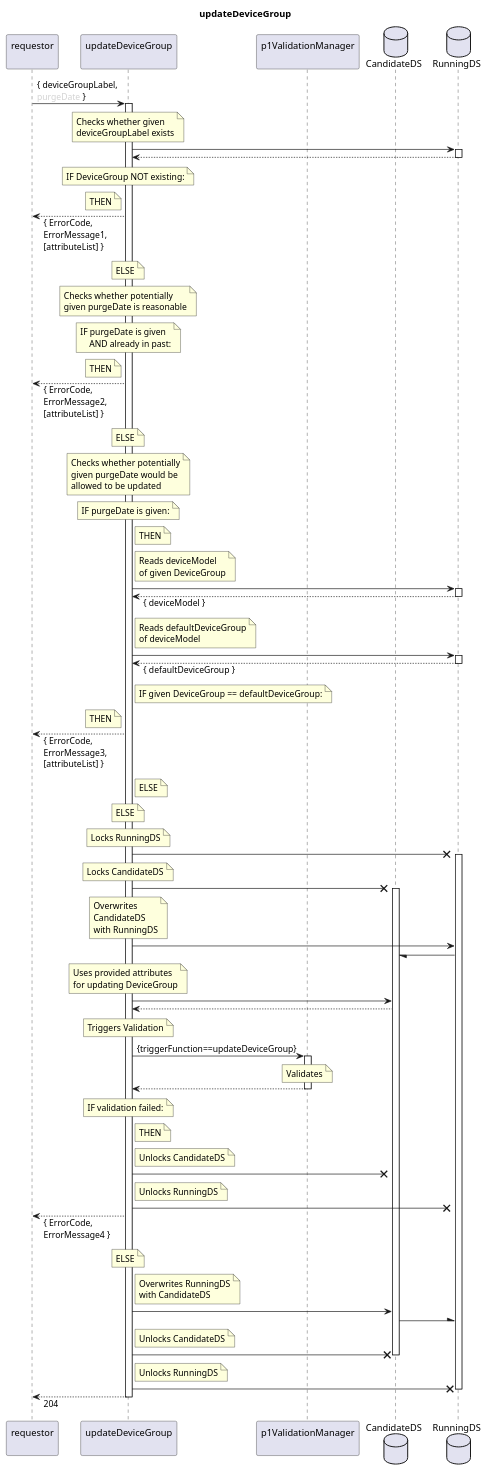
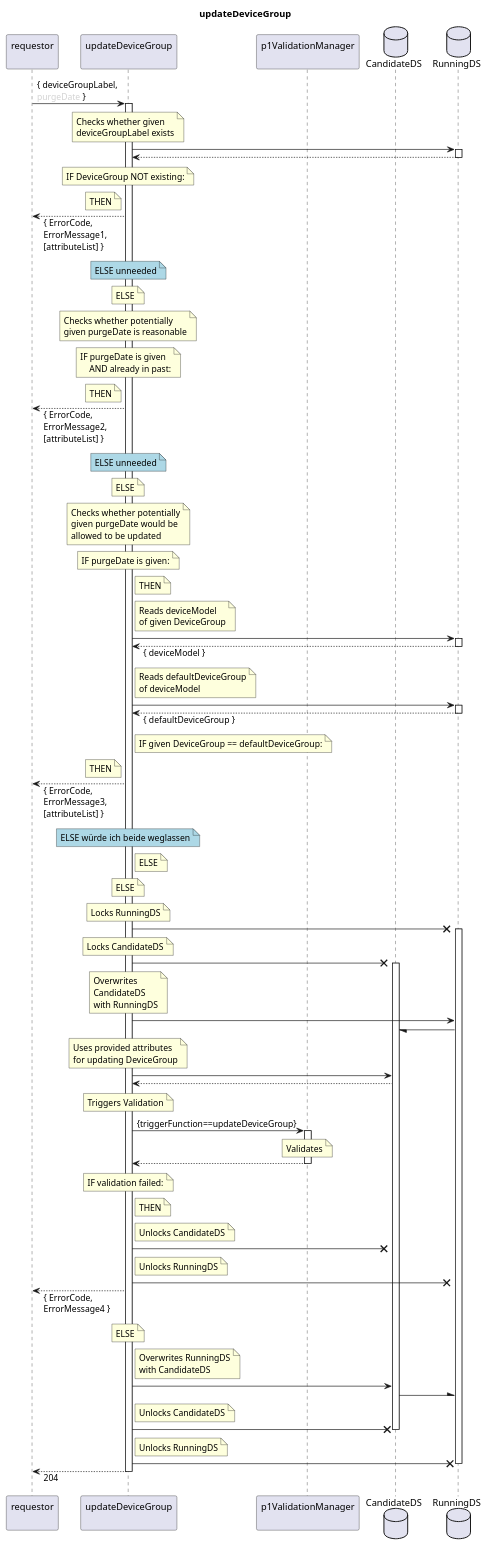
One commit to openBackhaul/FirmWareManager changed the diagram in spec/Services/updateDeviceGroup/1.0.0/updateDeviceGroup.plantuml. Above: the diagram before and after it, drawn with PlantUML. The commit also changed 2 other files, not shown here.

```diff
--- a/spec/Services/updateDeviceGroup/1.0.0/updateDeviceGroup.plantuml
+++ b/spec/Services/updateDeviceGroup/1.0.0/updateDeviceGroup.plantuml
@@ -1,167 +1,176 @@
 @startuml updateDeviceGroup
 skinparam responseMessageBelowArrow true
 
 title
   updateDeviceGroup
 end title
 
 participant "requestor\n" as requestor
 participant "updateDeviceGroup\n" as cur
 participant "p1ValidationManager\n" as valiMan
 database "CandidateDS" as CanDS
 database "RunningDS" as RunDS
 
 requestor -> cur: { deviceGroupLabel,\n<color:LightGray>purgeDate</color> }
 activate cur
 
   note over cur
     Checks whether given
     deviceGroupLabel exists
   end note
   cur -> RunDS
   activate RunDS
   cur <-- RunDS
   deactivate RunDS
   note over cur
     IF DeviceGroup NOT existing:
   end note
   note left cur
     THEN
   end note
   requestor <-- cur: { ErrorCode,\nErrorMessage1,\n[attributeList] }
+  note over cur #LightBlue
+    ELSE unneeded
+  end note
   note over cur
     ELSE
   end note
 
   note over cur
     Checks whether potentially
     given purgeDate is reasonable
   end note
   note over cur
     IF purgeDate is given 
         AND already in past:
   end note
   note left cur
     THEN
   end note
   requestor <-- cur: { ErrorCode,\nErrorMessage2,\n[attributeList] }
+  note over cur #LightBlue
+    ELSE unneeded
+  end note
   note over cur
     ELSE
   end note
 
   note over cur
     Checks whether potentially
     given purgeDate would be 
     allowed to be updated
   end note
   note over cur
     IF purgeDate is given:
   end note
   note right cur
     THEN
   end note
   note right cur
     Reads deviceModel
     of given DeviceGroup
   end note
   cur -> RunDS
   activate RunDS
   cur <-- RunDS: { deviceModel }
   deactivate RunDS
   note right cur
     Reads defaultDeviceGroup
     of deviceModel
   end note
   cur -> RunDS
   activate RunDS
   cur <-- RunDS: { defaultDeviceGroup }
   deactivate RunDS
   note right cur
     IF given DeviceGroup == defaultDeviceGroup:
   end note
   note left cur
     THEN
   end note
   requestor <-- cur: { ErrorCode,\nErrorMessage3,\n[attributeList] }
+  note over cur #LightBlue
+    ELSE würde ich beide weglassen
+  end note
   note right cur
     ELSE
   end note
   note over cur
     ELSE
   end note
 
   note over cur
     Locks RunningDS
   end note
   cur -X RunDS
   activate RunDS
   note over cur
     Locks CandidateDS
   end note
   cur -X CanDS
   activate CanDS
   note over cur
     Overwrites
     CandidateDS
     with RunningDS
   end note
   cur -> RunDS
   RunDS -/ CanDS
 
   note over cur
     Uses provided attributes
     for updating DeviceGroup
   end note
   cur -> CanDS
   cur <-- CanDS
 
   note over cur
     Triggers Validation
   end note
   cur -> valiMan: {triggerFunction==updateDeviceGroup}
   activate valiMan
     note over valiMan
       Validates
     end note
   cur <-- valiMan
   deactivate valiMan
   note over cur
     IF validation failed:
   end note
   note right cur
     THEN
   end note
   note right cur
     Unlocks CandidateDS
   end note
   cur -X CanDS
   note right cur
     Unlocks RunningDS
   end note
   cur -X RunDS
   requestor <-- cur: { ErrorCode,\nErrorMessage4 }
   note over cur
     ELSE
   end note
 
   note right cur
     Overwrites RunningDS
     with CandidateDS
   end note
   cur -> CanDS
   CanDS -\ RunDS
   note right cur
     Unlocks CandidateDS
   end note
   cur -X CanDS
   deactivate CanDS
   note right cur
     Unlocks RunningDS
   end note
   cur -X RunDS
   deactivate RunDS
 
 requestor <-- cur: 204
 deactivate cur
 
 @enduml
```
